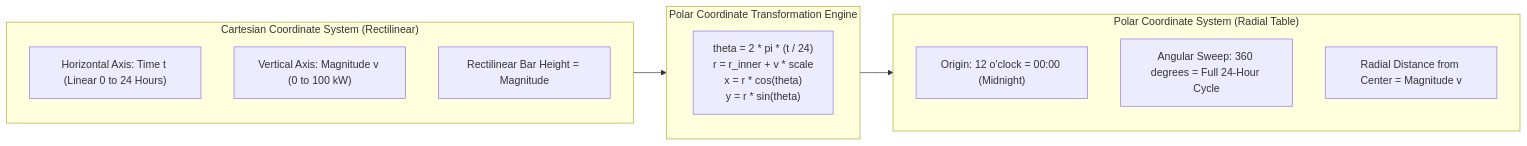
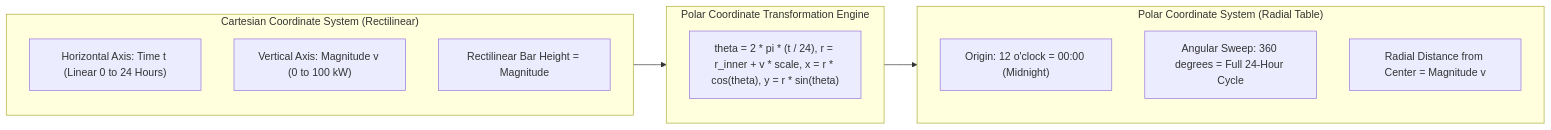
Diagram 17 of 18 in notes/data_analysis/Unit_5_notes.md (DeepLumiere/DeepSkills), drawn with Mermaid before and after one commit. The commit also changed other lines of this file and 56 other files, not shown here.

````diff
--- a/notes/data_analysis/Unit_5_notes.md
+++ b/notes/data_analysis/Unit_5_notes.md
@@ -1325,20 +1325,20 @@
 ```mermaid
 flowchart LR
     subgraph Cartesian ["Cartesian Coordinate System (Rectilinear)"]
         C1["Horizontal Axis: Time t (Linear 0 to 24 Hours)"]
         C2["Vertical Axis: Magnitude v (0 to 100 kW)"]
         C3["Rectilinear Bar Height = Magnitude"]
     end
 
     subgraph TransformationMath ["Polar Coordinate Transformation Engine"]
-        TM["theta = 2 * pi * (t / 24)<br/>r = r_inner + v * scale<br/>x = r * cos(theta)<br/>y = r * sin(theta)"]
+        TM["theta = 2 * pi * (t / 24), r = r_inner + v * scale, x = r * cos(theta), y = r * sin(theta)"]
     end
 
     subgraph Polar ["Polar Coordinate System (Radial Table)"]
         P1["Origin: 12 o'clock = 00:00 (Midnight)"]
         P2["Angular Sweep: 360 degrees = Full 24-Hour Cycle"]
         P3["Radial Distance from Center = Magnitude v"]
     end
 
     Cartesian --> TransformationMath --> Polar
 ```
````
